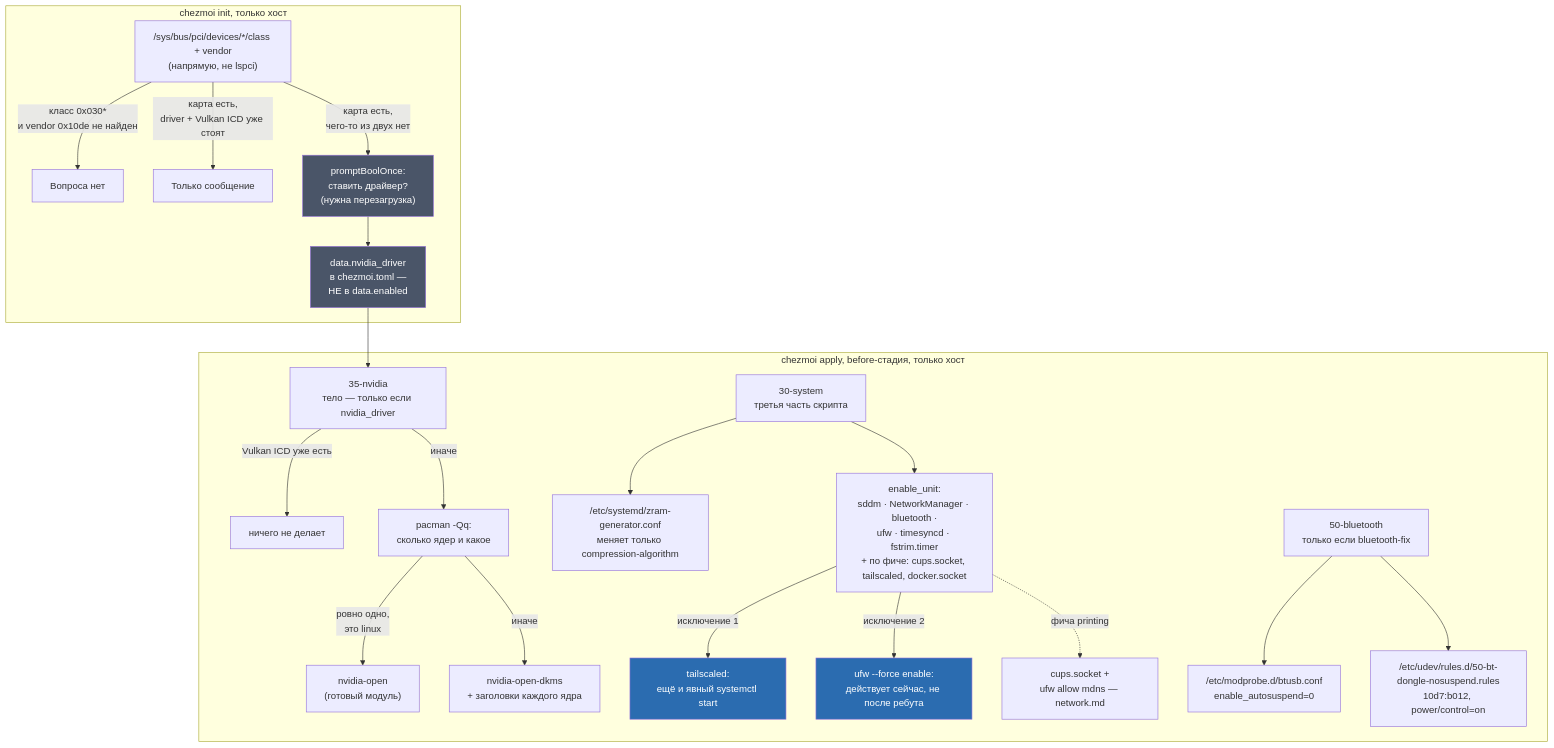
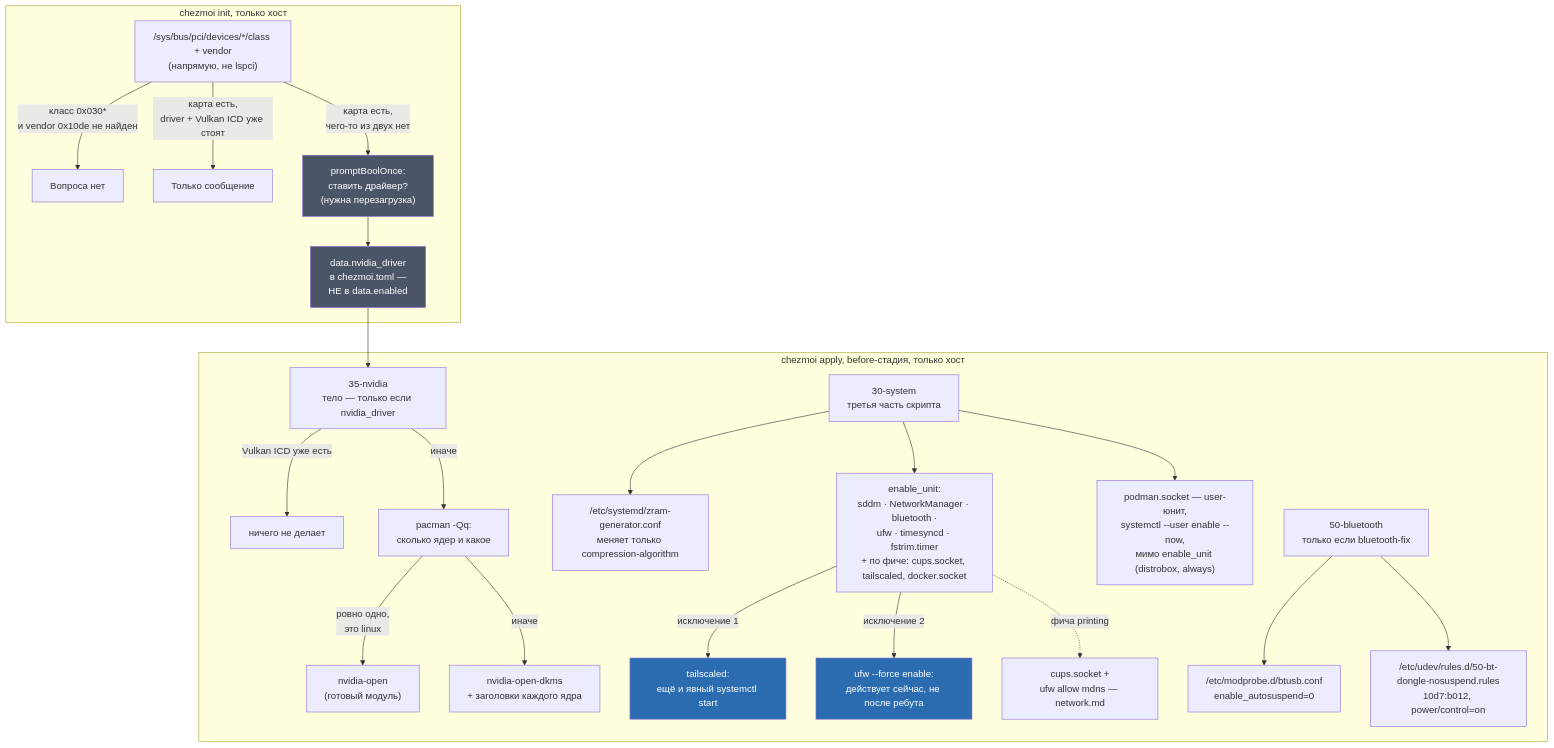
One commit to stpntkhnv/dotfiles changed the diagram in docs/hardware.md. Above: the diagram before and after it, drawn with Mermaid. The commit also changed other lines of this file and 8 other files, not shown here.

Commit message:
podman API хоста для рабочих контейнеров: 30-system включает user-сокет, фича docker стала both и даёт контейнеру docker CLI для Aspire

````diff
--- a/docs/hardware.md
+++ b/docs/hardware.md
@@ -40,32 +40,33 @@
 ```mermaid
 flowchart TD
     subgraph INIT["chezmoi init, только хост"]
         PCI["/sys/bus/pci/devices/*/class + vendor<br/>(напрямую, не lspci)"]
         PCI -->|"класс 0x030*<br/>и vendor 0x10de не найден"| NOASK["Вопроса нет"]
         PCI -->|"карта есть,<br/>driver + Vulkan ICD уже стоят"| INFOMSG["Только сообщение"]
         PCI -->|"карта есть,<br/>чего-то из двух нет"| ASK["promptBoolOnce:<br/>ставить драйвер?<br/>(нужна перезагрузка)"]
         ASK --> TOML["data.nvidia_driver<br/>в chezmoi.toml —<br/>НЕ в data.enabled"]
     end
 
     TOML --> S35
     subgraph BEFORE["chezmoi apply, before-стадия, только хост"]
         S35["35-nvidia<br/>тело — только если nvidia_driver"] -->|"Vulkan ICD уже есть"| SKIP35["ничего не делает"]
         S35 -->|"иначе"| KCOUNT["pacman -Qq:<br/>сколько ядер и какое"]
         KCOUNT -->|"ровно одно,<br/>это linux"| NOPEN["nvidia-open<br/>(готовый модуль)"]
         KCOUNT -->|"иначе"| NDKMS["nvidia-open-dkms<br/>+ заголовки каждого ядра"]
 
         S30["30-system<br/>третья часть скрипта"] --> ZCONF["/etc/systemd/zram-generator.conf<br/>меняет только compression-algorithm"]
         S30 --> SVC["enable_unit:<br/>sddm · NetworkManager · bluetooth ·<br/>ufw · timesyncd · fstrim.timer<br/>+ по фиче: cups.socket, tailscaled, docker.socket"]
+        S30 --> PODSOCK["podman.socket — user-юнит,<br/>systemctl --user enable --now,<br/>мимо enable_unit (distrobox, always)"]
         SVC -->|"исключение 1"| TSNOW["tailscaled:<br/>ещё и явный systemctl start"]
         SVC -->|"исключение 2"| UFWNOW["ufw --force enable:<br/>действует сейчас, не после ребута"]
         SVC -.->|"фича printing"| CUPSNOTE["cups.socket +<br/>ufw allow mdns — network.md"]
 
         S50["50-bluetooth<br/>только если bluetooth-fix"] --> MP["/etc/modprobe.d/btusb.conf<br/>enable_autosuspend=0"]
         S50 --> UDEV["/etc/udev/rules.d/50-bt-dongle-nosuspend.rules<br/>10d7:b012, power/control=on"]
     end
 
     style ASK fill:#4a5568,color:#fff
     style TOML fill:#4a5568,color:#fff
     style TSNOW fill:#2b6cb0,color:#fff
     style UFWNOW fill:#2b6cb0,color:#fff
 ```
````
